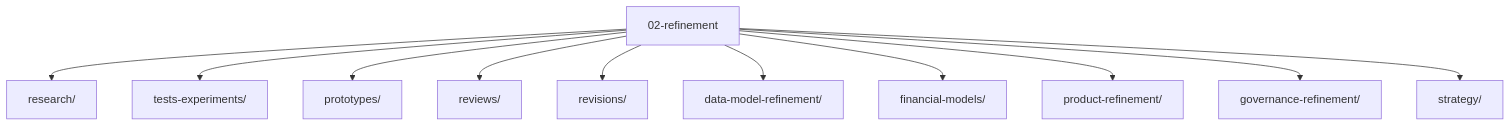
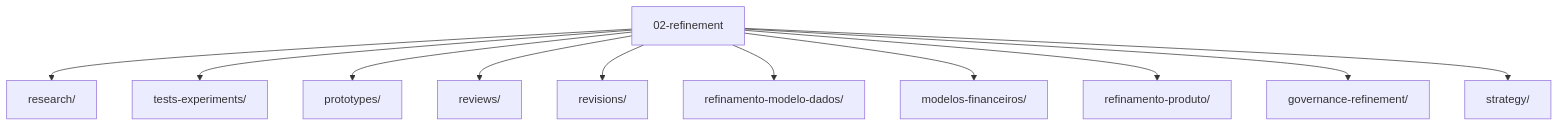
The second of 2 diagrams in 02-refinement/README.md (pratofeitoo/the-new-hub-proj-dev-2), drawn with Mermaid before and after one commit. The commit also changed other lines of this file and 390 other files, not shown here.

````diff
--- a/02-refinement/README.md
+++ b/02-refinement/README.md
@@ -27,14 +27,14 @@
 ```mermaid
 flowchart TB
     R[02-refinement]
     R --> RE[research/]
     R --> TE[tests-experiments/]
     R --> PR[prototypes/]
     R --> RV[reviews/]
     R --> RS[revisions/]
-    R --> DM[data-model-refinement/]
-    R --> FM[financial-models/]
-    R --> PD[product-refinement/]
+    R --> DM[refinamento-modelo-dados/]
+    R --> FM[modelos-financeiros/]
+    R --> PD[refinamento-produto/]
     R --> GR[governance-refinement/]
     R --> ST[strategy/]
 ```
````
